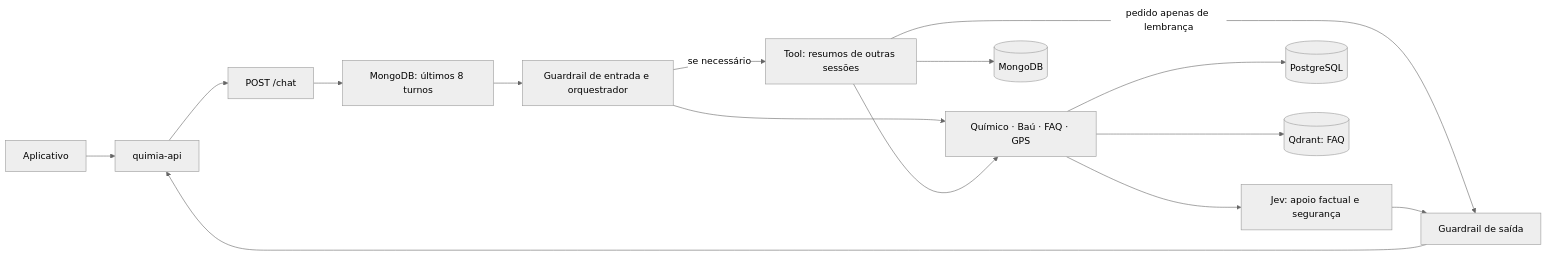
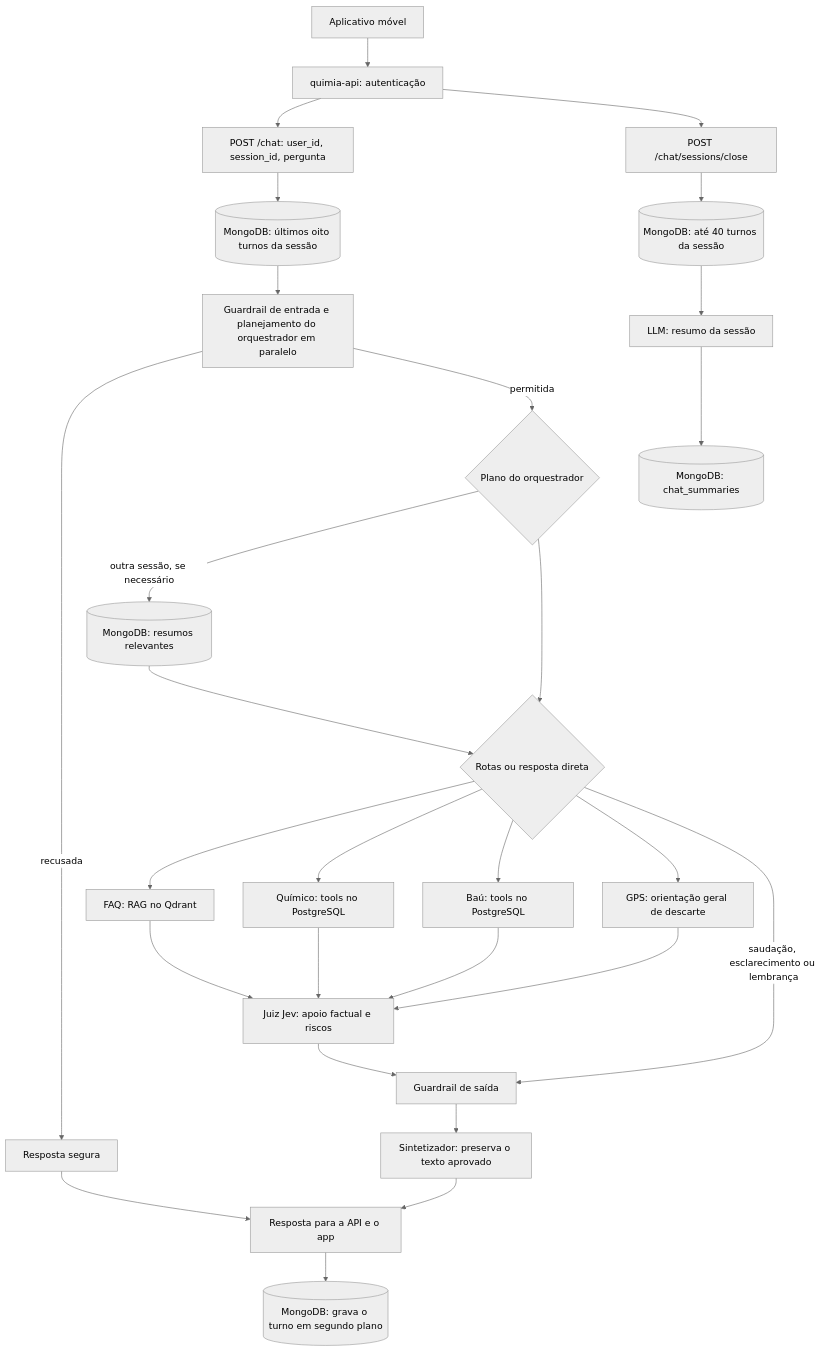
Before and after one commit to Quimia-br/quimia-agent: the diagram in README.md, drawn with Mermaid (neutral theme). The commit also changed other lines of this file, not shown here.

````diff
--- a/README.md
+++ b/README.md
@@ -16,17 +40,31 @@
 ```mermaid
-flowchart LR
-    Mobile[Aplicativo] --> API[quimia-api]
-    API --> Chat[POST /chat]
-    Chat --> Historico[MongoDB: últimos 8 turnos]
-    Historico --> Entrada[Guardrail de entrada e orquestrador]
-    Entrada -->|se necessário| Memoria[Tool: resumos de outras sessões]
-    Entrada --> Especialistas[Químico · Baú · FAQ · GPS]
-    Memoria --> Especialistas
-    Memoria -->|pedido apenas de lembrança| Saida
-    Especialistas --> Juiz[Jev: apoio factual e segurança]
+flowchart TD
+    Mobile[Aplicativo móvel] --> API[quimia-api: autenticação]
+    API --> Chat[POST /chat: user_id, session_id, pergunta]
+    Chat --> Historico[(MongoDB: últimos oito turnos da sessão)]
+    Historico --> Entrada[Guardrail de entrada e planejamento do orquestrador em paralelo]
+    Entrada -->|recusada| Recusa[Resposta segura]
+    Entrada -->|permitida| Plano{Plano do orquestrador}
+    Plano -->|outra sessão, se necessário| Memoria[(MongoDB: resumos relevantes)]
+    Memoria --> Rotas{Rotas ou resposta direta}
+    Plano --> Rotas
+    Rotas --> FAQ[FAQ: RAG no Qdrant]
+    Rotas --> Quimico[Químico: tools no PostgreSQL]
+    Rotas --> Bau[Baú: tools no PostgreSQL]
+    Rotas --> GPS[GPS: orientação geral de descarte]
+    FAQ --> Juiz[Juiz Jev: apoio factual e riscos]
+    Quimico --> Juiz
+    Bau --> Juiz
+    GPS --> Juiz
     Juiz --> Saida[Guardrail de saída]
-    Saida --> API
-    Especialistas --> PG[(PostgreSQL)]
-    Especialistas --> Qdrant[(Qdrant: FAQ)]
-    Memoria --> Mongo[(MongoDB)]
+    Rotas -->|saudação, esclarecimento ou lembrança| Saida
+    Saida --> Sintetizador[Sintetizador: preserva o texto aprovado]
+    Sintetizador --> Resposta[Resposta para a API e o app]
+    Recusa --> Resposta
+    Resposta --> Turno[(MongoDB: grava o turno em segundo plano)]
+
+    API --> Fechar[POST /chat/sessions/close]
+    Fechar --> Turnos[(MongoDB: até 40 turnos da sessão)]
+    Turnos --> Resumo[LLM: resumo da sessão]
+    Resumo --> Resumos[(MongoDB: chat_summaries)]
 ```
````
